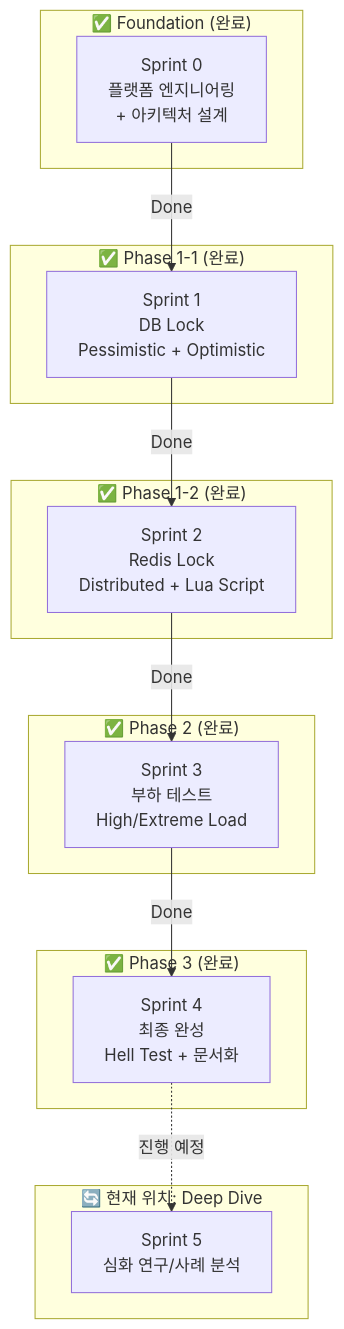
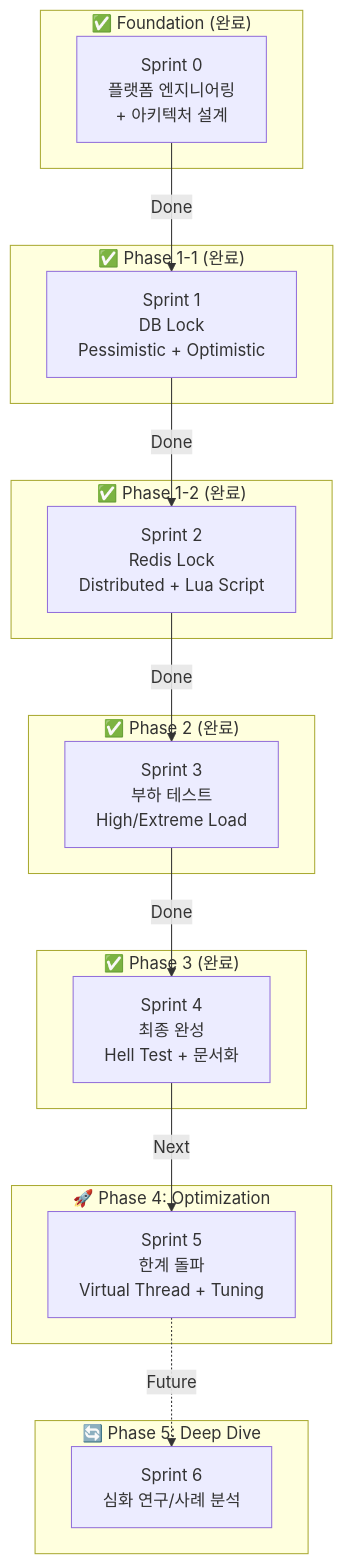
Before and after one commit to JuJin1324/concurrency-control-poc: the first of 2 diagrams in docs/planning/how-diagram.md, drawn with Mermaid. The commit also changed other lines of this file and 22 other files, not shown here.

````diff
--- a/docs/planning/how-diagram.md
+++ b/docs/planning/how-diagram.md
@@ -28,32 +28,37 @@
 ```mermaid
 flowchart TD
     subgraph Foundation["✅ Foundation (완료)"]
         S0[Sprint 0<br/>플랫폼 엔지니어링<br/>+ 아키텍처 설계]
     end
 
     subgraph Phase1Done["✅ Phase 1-1 (완료)"]
         S1[Sprint 1<br/>DB Lock<br/>Pessimistic + Optimistic]
     end
 
     subgraph Phase1Done2["✅ Phase 1-2 (완료)"]
         S2[Sprint 2<br/>Redis Lock<br/>Distributed + Lua Script]
     end
 
     subgraph Phase2Done["✅ Phase 2 (완료)"]
         S3[Sprint 3<br/>부하 테스트<br/>High/Extreme Load]
     end
 
     subgraph Phase3Done["✅ Phase 3 (완료)"]
         S4[Sprint 4<br/>최종 완성<br/>Hell Test + 문서화]
     end
 
-    subgraph Current["🔄 현재 위치: Deep Dive"]
-        S5[Sprint 5<br/>심화 연구/사례 분석]
+    subgraph Optimization["🚀 Phase 4: Optimization"]
+        S5[Sprint 5<br/>한계 돌파<br/>Virtual Thread + Tuning]
+    end
+
+    subgraph DeepDive["🔄 Phase 5: Deep Dive"]
+        S6[Sprint 6<br/>심화 연구/사례 분석]
     end
 
     S0 -->|Done| S1
     S1 -->|Done| S2
     S2 -->|Done| S3
     S3 -->|Done| S4
-    S4 -.->|진행 예정| S5
+    S4 -->|Next| S5
+    S5 -.->|Future| S6
 ```
````
